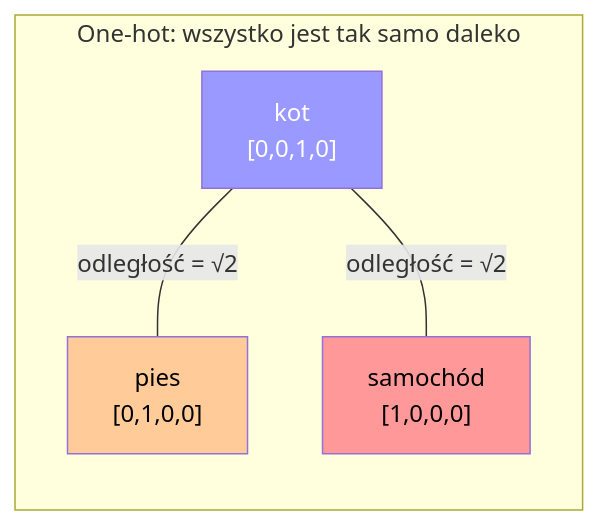
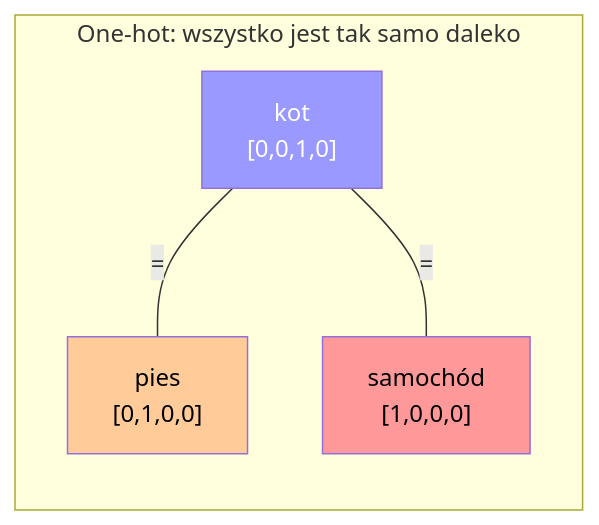
The ninth of 14 diagrams in site/content/jak-komputer-czyta-tekst.md (bgruszka/bgruszka.github.io), drawn with Mermaid before and after one commit. The commit also changed other lines of this file, not shown here.

````diff
--- a/site/content/jak-komputer-czyta-tekst.md
+++ b/site/content/jak-komputer-czyta-tekst.md
@@ -992,11 +992,11 @@
 ```mermaid
 graph LR
     subgraph "One-hot: wszystko jest tak samo daleko"
-        O1["kot<br/>[0,0,1,0]"] ---|odległość = √2| O2["pies<br/>[0,1,0,0]"]
-        O1 ---|odległość = √2| O3["samochód<br/>[1,0,0,0]"]
+        O1["kot<br/>[0,0,1,0]"] ---|"="| O2["pies<br/>[0,1,0,0]"]
+        O1 ---|"="| O3["samochód<br/>[1,0,0,0]"]
     end
     
     style O1 fill:#9999ff,color:#fff
     style O2 fill:#ffcc99,color:#000
     style O3 fill:#ff9999,color:#000
 ```
````
